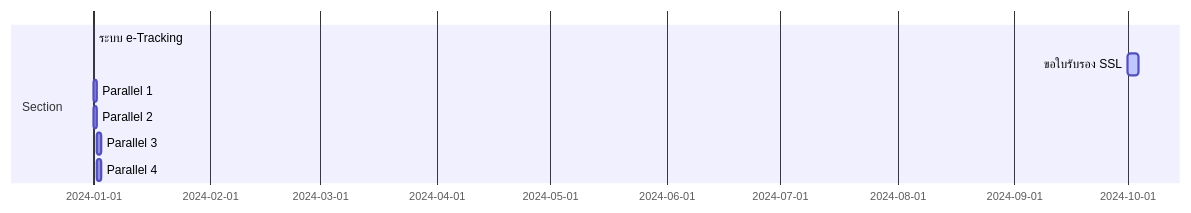
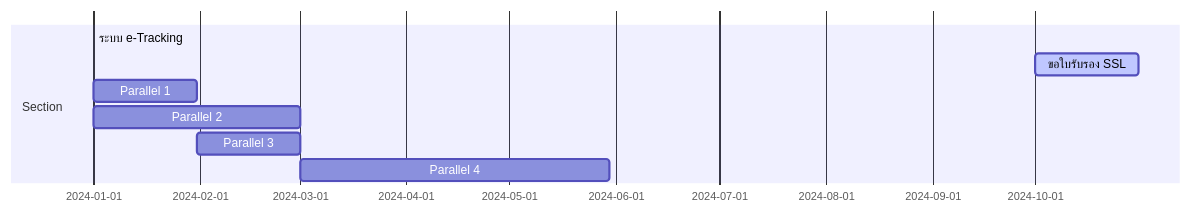
Before and after one commit to Kietpawpan/e-tracking: the diagram in README.md, drawn with Mermaid.

````diff
--- a/README.md
+++ b/README.md
@@ -6,10 +6,10 @@
 ```mermaid
 gantt
     section Section
     ระบบ e-Tracking :done,    des1, 2024-01-01,2024-01-30
-    ขอใบรับรอง SSL        :active,  des2, 2024-10-01, 3d
-    Parallel 1   :         des3, after des1, 1d
-    Parallel 2   :         des4, after des1, 1d
-    Parallel 3   :         des5, after des3, 1d
-    Parallel 4   :         des6, after des4, 1d
+    ขอใบรับรอง SSL        :active,  des2, 2024-10-01, 30d
+    Parallel 1   :         des3, after des1, 30d
+    Parallel 2   :         des4, after des1, 60d
+    Parallel 3   :         des5, after des3, 30d
+    Parallel 4   :         des6, after des4, 90d
 ```
````
